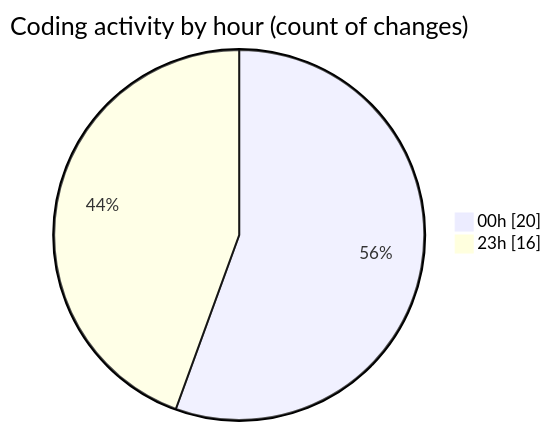
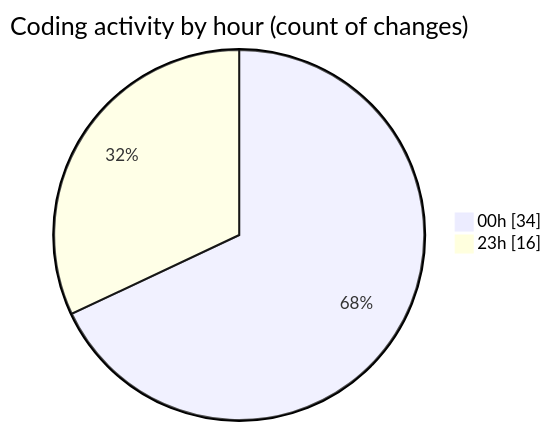
Before and after one commit to Ritupan-Deka/code-tracking: the second of 2 diagrams in 2025-05-26/projects/README.md, drawn with Mermaid. The commit also changed other lines of this file and 1 other file, not shown here.

````diff
--- a/2025-05-26/projects/README.md
+++ b/2025-05-26/projects/README.md
@@ -31,6 +31,6 @@
 ```mermaid
 pie showData
 title Coding activity by hour (count of changes)
-"00h" : 20
+"00h" : 34
 "23h" : 16
 ```
````
